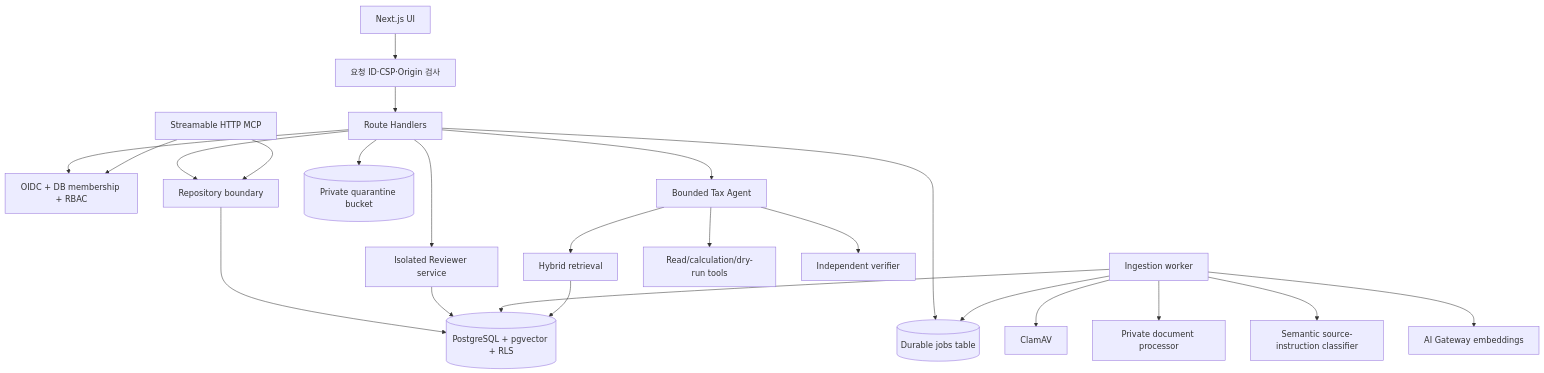
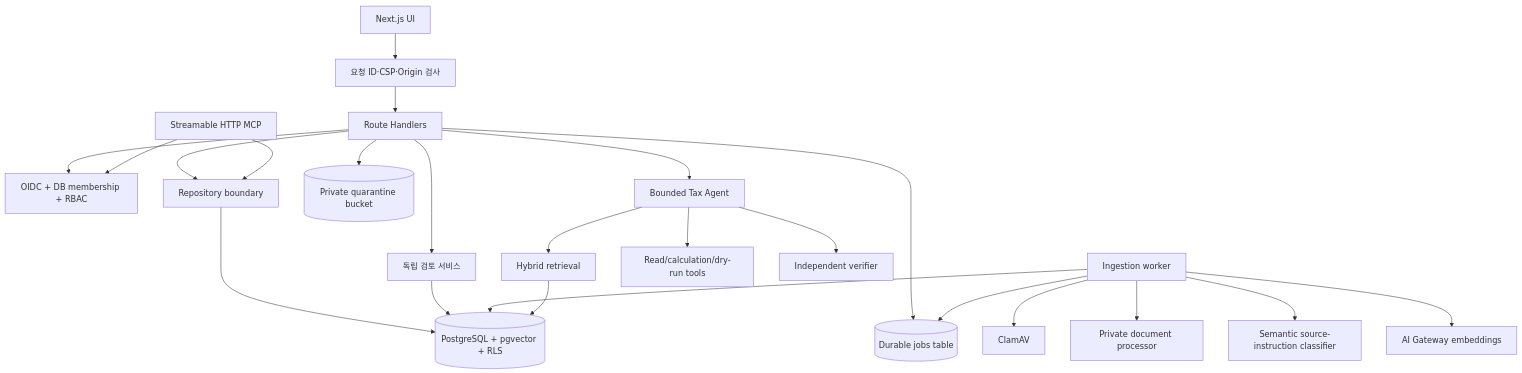
Before and after one commit to kwakhyun/taxops-ai: the diagram in docs/architecture.md, drawn with Mermaid. The commit also changed other lines of this file and 29 other files, not shown here.

````diff
--- a/docs/architecture.md
+++ b/docs/architecture.md
@@ -9,25 +13,25 @@
 ```mermaid
 flowchart TB
   Browser[Next.js UI] --> Proxy[요청 ID·CSP·Origin 검사]
   Proxy --> API[Route Handlers]
   API --> Auth[OIDC + DB membership + RBAC]
   API --> Repo[Repository boundary]
   Repo --> DB[(PostgreSQL + pgvector + RLS)]
-  API --> Reviewer[Isolated Reviewer service]
-  Reviewer --> DB
+  API --> ReviewService[독립 검토 서비스]
+  ReviewService --> DB
   API --> S3[(Private quarantine bucket)]
   API --> Queue[(Durable jobs table)]
   Worker[Ingestion worker] --> Queue
   Worker --> AV[ClamAV]
   Worker --> Processor[Private document processor]
   Worker --> Classifier[Semantic source-instruction classifier]
   Worker --> Gateway[AI Gateway embeddings]
   Worker --> DB
   API --> Agent[Bounded Tax Agent]
   Agent --> Retriever[Hybrid retrieval]
   Retriever --> DB
   Agent --> Tools[Read/calculation/dry-run tools]
   Agent --> Verifier[Independent verifier]
   MCP[Streamable HTTP MCP] --> Auth
   MCP --> Repo
 ```
````
